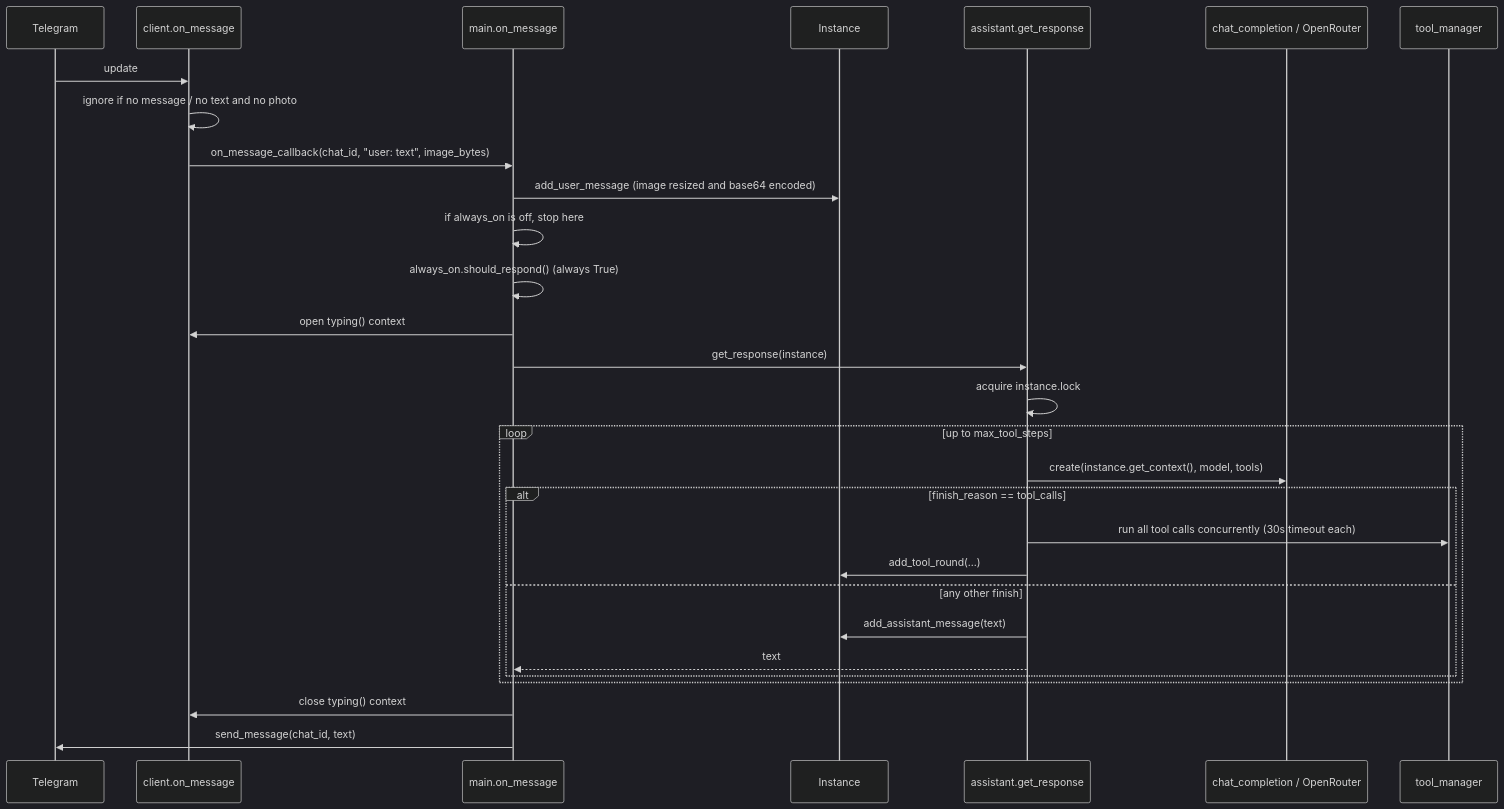
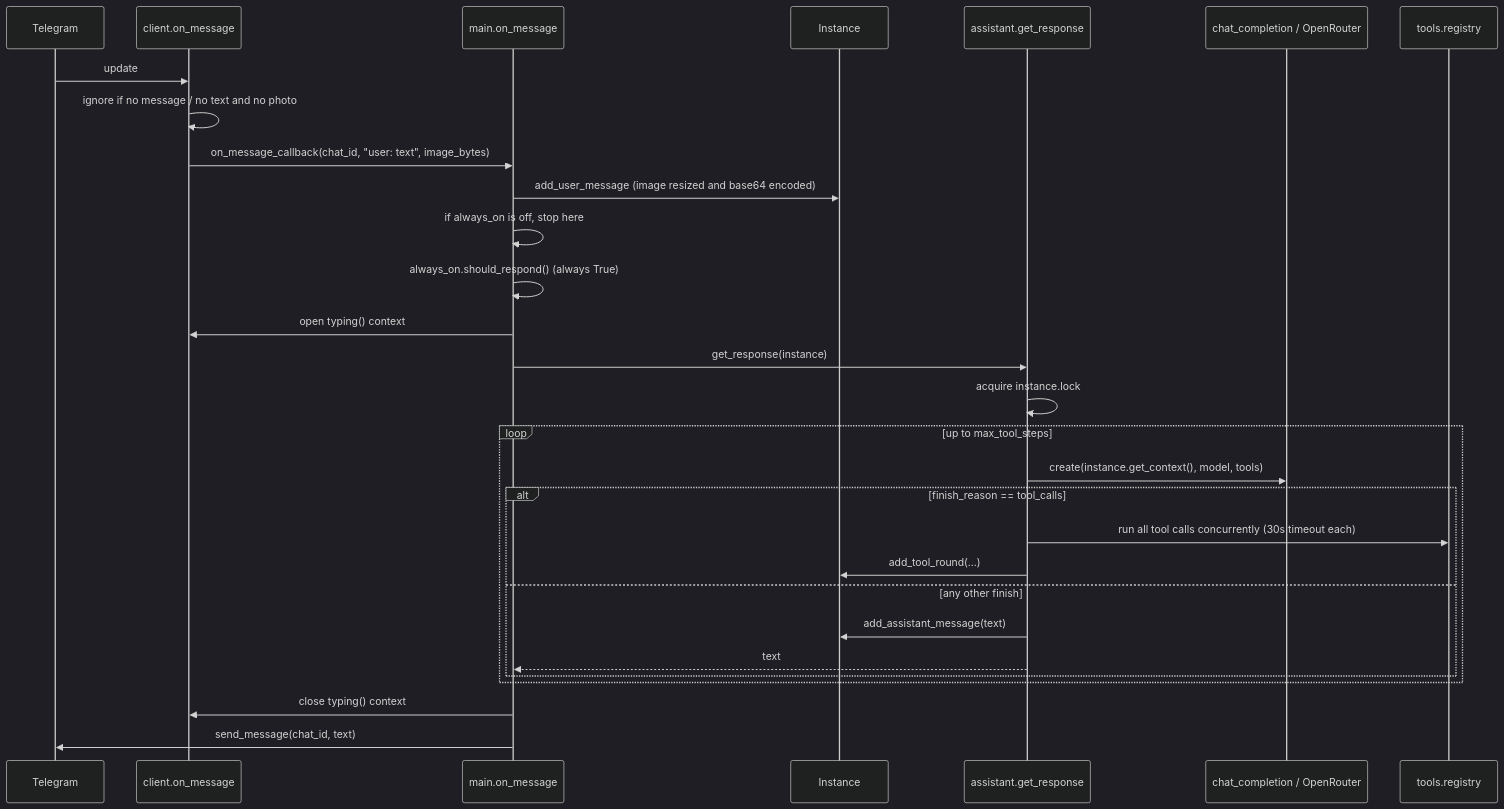
Before and after one commit to rayhan-nurdjaman/RotBot: the second of 2 diagrams in docs/architecture.md, drawn with Mermaid (dark theme). The commit also changed other lines of this file and 23 other files, not shown here.

First line of the commit message:
Add a tool registry with generated schemas and ToolContext (#15)

````diff
--- a/docs/architecture.md
+++ b/docs/architecture.md
@@ -67,31 +70,31 @@
 ```mermaid
 sequenceDiagram
     participant TG as Telegram
     participant C as client.on_message
     participant M as main.on_message
     participant I as Instance
     participant A as assistant.get_response
     participant LLM as chat_completion / OpenRouter
-    participant T as tool_manager
+    participant T as tools.registry
     TG->>C: update
     C->>C: ignore if no message / no text and no photo
     C->>M: on_message_callback(chat_id, "user: text", image_bytes)
     M->>I: add_user_message (image resized and base64 encoded)
     M->>M: if always_on is off, stop here
     M->>M: always_on.should_respond() (always True)
     M->>C: open typing() context
     M->>A: get_response(instance)
     A->>A: acquire instance.lock
     loop up to max_tool_steps
         A->>LLM: create(instance.get_context(), model, tools)
         alt finish_reason == tool_calls
             A->>T: run all tool calls concurrently (30s timeout each)
             A->>I: add_tool_round(...)
         else any other finish
             A->>I: add_assistant_message(text)
             A-->>M: text
         end
     end
     M->>C: close typing() context
     M->>TG: send_message(chat_id, text)
 ```
````
